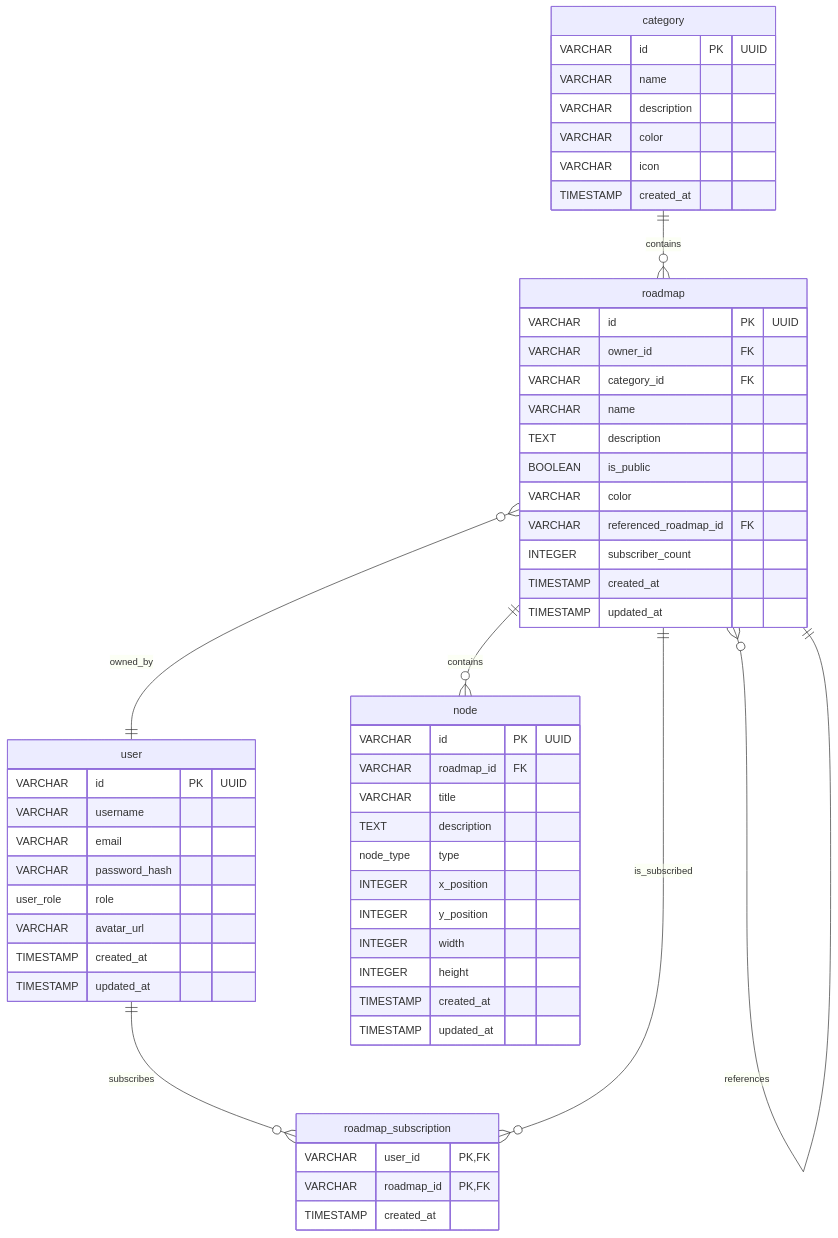
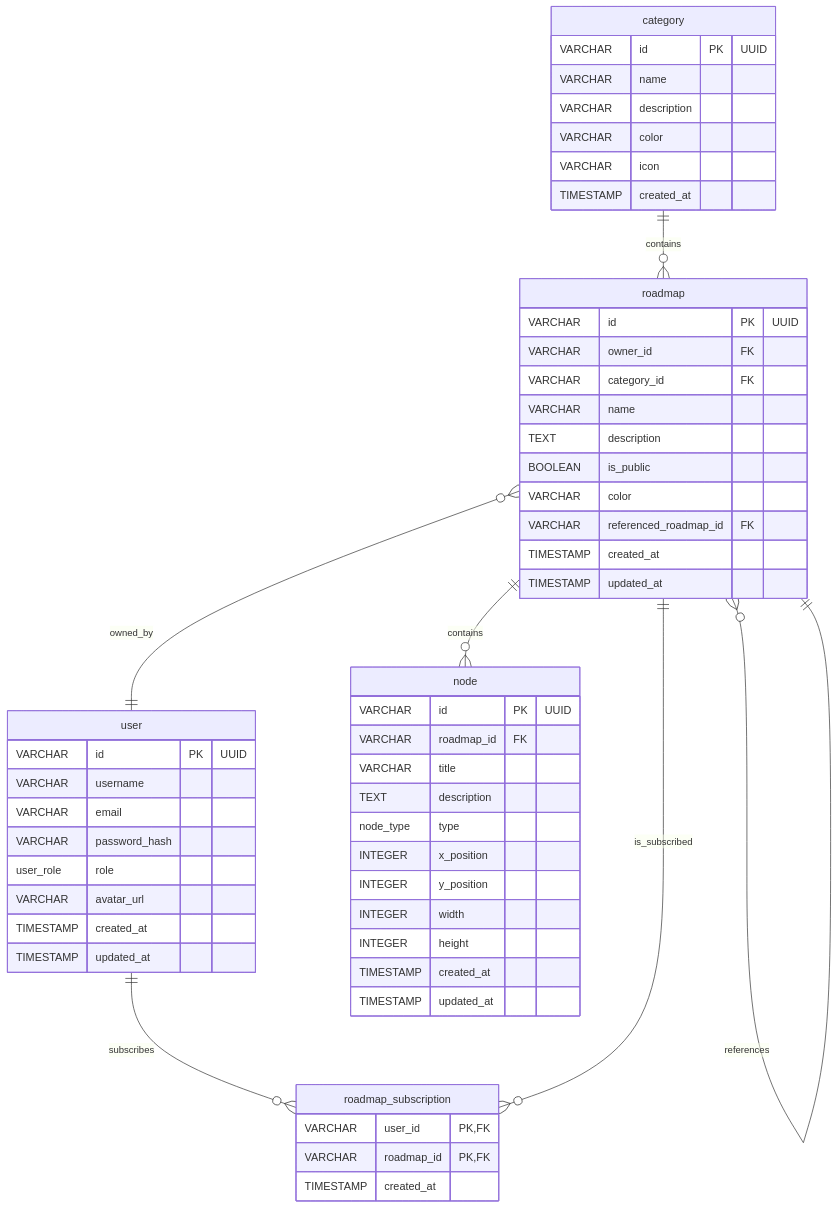
One commit to F0urward/proftwist-backend changed the diagram in db/relations.md. Above: the diagram before and after it, drawn with Mermaid. The commit also changed 10 other files, not shown here.

Commit message:
remove subscribers from roadmap

````diff
--- a/db/relations.md
+++ b/db/relations.md
@@ -1,63 +1,62 @@
 ```mermaid
 erDiagram
     user {
         VARCHAR id PK "UUID"
         VARCHAR username
         VARCHAR email
         VARCHAR password_hash
         user_role role
         VARCHAR avatar_url
         TIMESTAMP created_at
         TIMESTAMP updated_at
     }
 
     category {
         VARCHAR id PK "UUID"
         VARCHAR name
         VARCHAR description
         VARCHAR color
         VARCHAR icon
         TIMESTAMP created_at
     }
 
     roadmap {
         VARCHAR id PK "UUID"
         VARCHAR owner_id FK
         VARCHAR category_id FK
         VARCHAR name
         TEXT description
         BOOLEAN is_public
         VARCHAR color
         VARCHAR referenced_roadmap_id FK
-        INTEGER subscriber_count
         TIMESTAMP created_at
         TIMESTAMP updated_at
     }
 
     node {
         VARCHAR id PK "UUID"
         VARCHAR roadmap_id FK
         VARCHAR title
         TEXT description
         node_type type
         INTEGER x_position
         INTEGER y_position
         INTEGER width
         INTEGER height
         TIMESTAMP created_at
         TIMESTAMP updated_at
     }
 
     roadmap_subscription {
         VARCHAR user_id PK,FK
         VARCHAR roadmap_id PK,FK
         TIMESTAMP created_at
     }
 
     category ||--o{ roadmap : contains
     roadmap ||--o{ node : contains
     roadmap }o--|| user : owned_by
     roadmap }o--|| roadmap : references
     user ||--o{ roadmap_subscription : subscribes
     roadmap ||--o{ roadmap_subscription : is_subscribed
 ```
````
